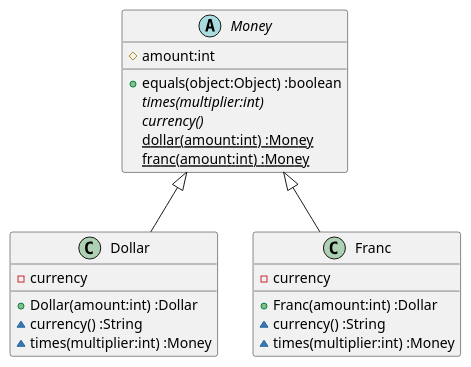
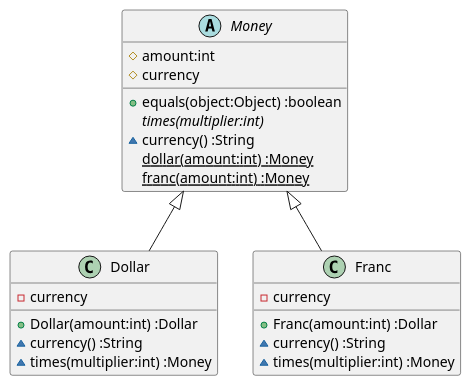
The diagram in docs/src/TDD.md (k2works/etude_for_java), drawn with PlantUML before and after one commit. The commit also changed 3 other files, not shown here.

````diff
--- a/docs/src/TDD.md
+++ b/docs/src/TDD.md
@@ -62,24 +62,25 @@
 ```puml
 class Dollar {
   -currency
   +Dollar(amount:int) :Dollar
   ~currency() :String  
   ~times(multiplier:int) :Money
 }
 class Franc {
   -currency
   +Franc(amount:int) :Dollar
   ~currency() :String
   ~times(multiplier:int) :Money
 }
 abstract Money {
   #amount:int
+  #currency  
   +equals(object:Object) :boolean  
   {abstract} times(multiplier:int)
-  {abstract} currency()
+  ~currency() :String
   {static} dollar(amount:int) :Money
   {static} franc(amount:int) :Money  
 }
 Money <|-- Dollar
 Money <|-- Franc
 ```
````
